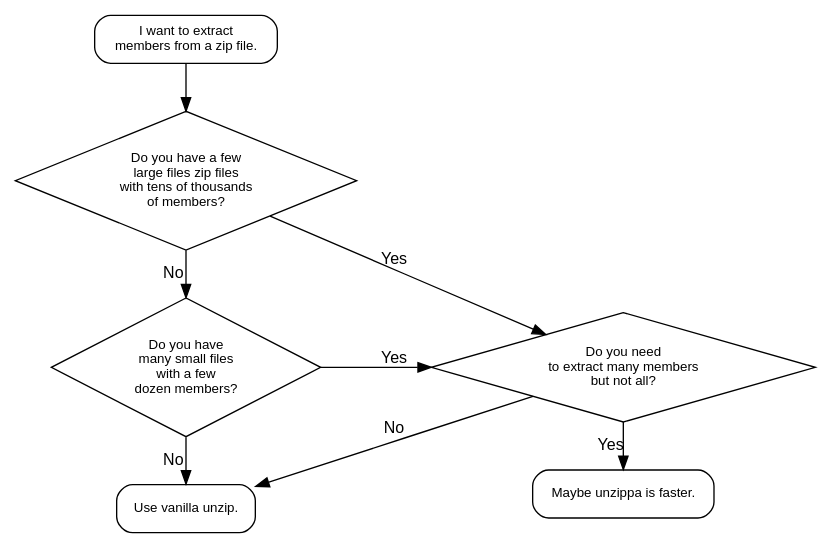
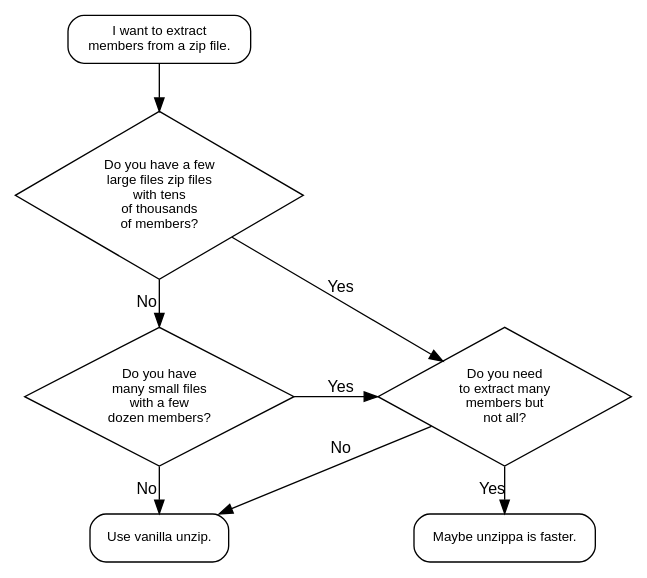
Before and after one commit to miku/unzippa: the diagram in flow.dot, drawn with Graphviz. The commit also changed 1 other file, not shown here.

Commit message:
update chart

```diff
--- a/flow.dot
+++ b/flow.dot
@@ -1,31 +1,31 @@
 digraph {
     rankdir="LR";
     graph [fontname="helvetica", fontsize=12];
     node [fontname="helvetica", fontsize=10];
     edge [fontname="helvetica", fontsize=12];
 
     start[shape="box", style="rounded", label="I want to extract\nmembers from a zip file."];
     
-    fewlarge[shape="diamond", style="", label="Do you have a few\nlarge files zip files\nwith tens of thousands\nof members?"];
+    fewlarge[shape="diamond", style="", label="Do you have a few\nlarge files zip files\nwith tens\nof thousands\nof members?"];
     manysmall[shape="diamond", style="", label="Do you have\nmany small files\nwith a few\ndozen members?"];
-    extractsome[shape="diamond", style="", label="Do you need\nto extract many members\nbut not all?"];
+    extractsome[shape="diamond", style="", label="Do you need\nto extract many\nmembers but\nnot all?"];
 
 
     end[shape="box", style="rounded", label="Use vanilla unzip."];
     unzippa[shape="box", style="rounded", label="Maybe unzippa is faster."];
 
     {
         rank=same; start; fewlarge; manysmall; end;
     }
     {
         rank=same; extractsome; unzippa;
     }
 
     start -> fewlarge;
     fewlarge -> manysmall[label="No"];
     fewlarge -> extractsome[label="Yes"];
     manysmall -> end[label="No"];
     manysmall -> extractsome[label="Yes"];
     extractsome -> end[label="No"];
     extractsome -> unzippa[label="Yes"];
 }
```
